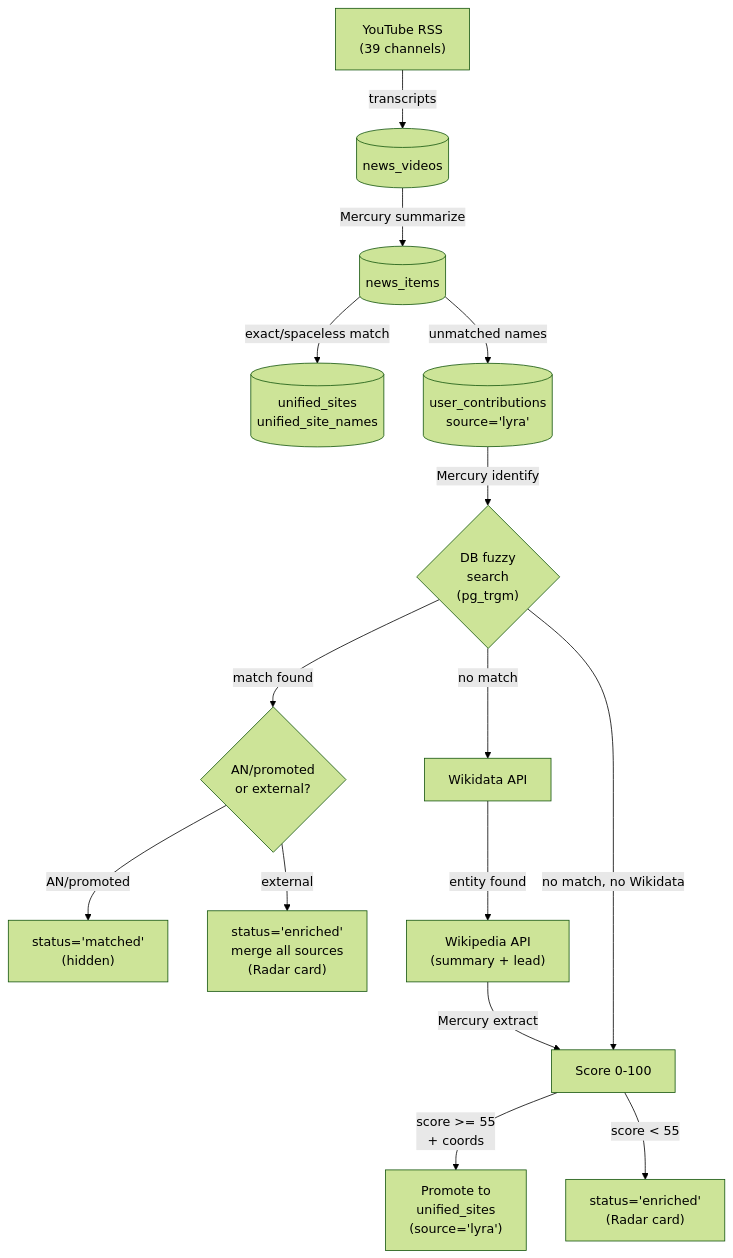
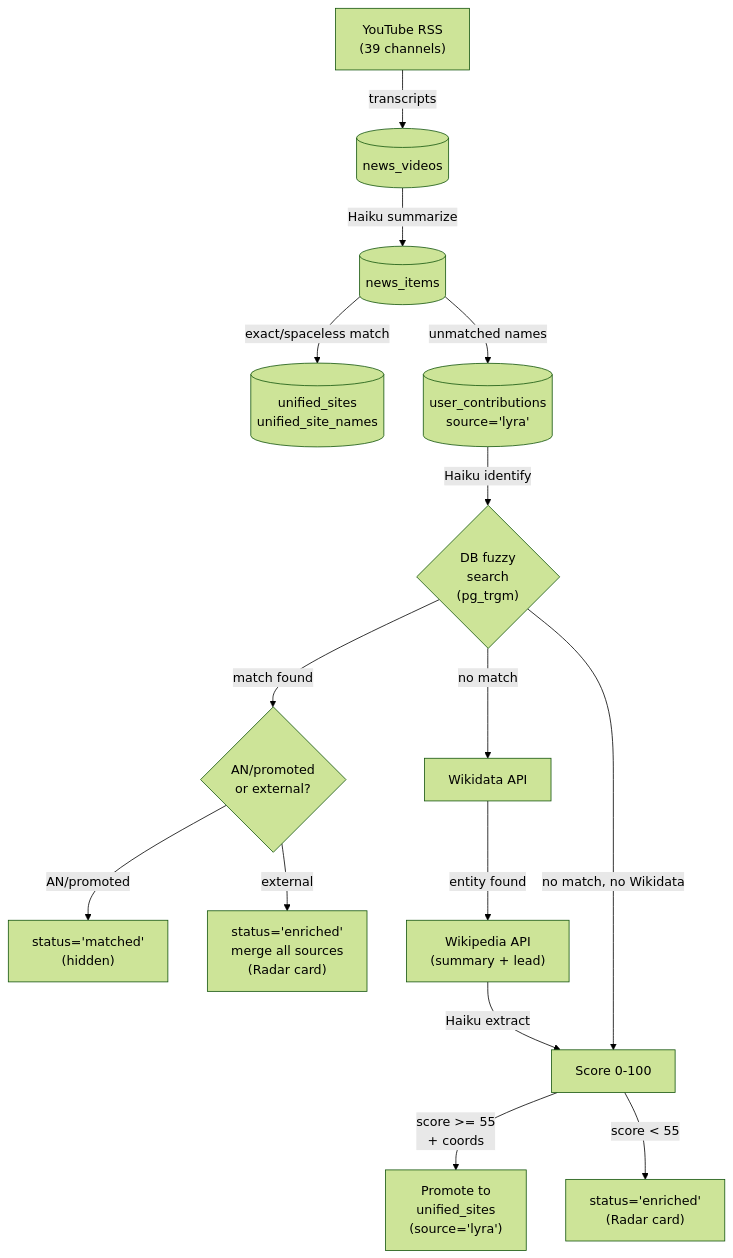
One commit to ancientnerds/AncientMap changed the second of 7 diagrams in docs/lyra-pipeline.md. Above: the diagram before and after it, drawn with Mermaid (forest theme). The commit also changed other lines of this file, not shown here.

First line of the commit message:
docs: update lyra-pipeline.md — Mercury → Anthropic (Haiku/Sonnet)

````diff
--- a/docs/lyra-pipeline.md
+++ b/docs/lyra-pipeline.md
@@ -45,21 +46,21 @@
 ```mermaid
 flowchart TD
     YT["YouTube RSS\n(39 channels)"] -->|transcripts| NV[(news_videos)]
-    NV -->|Mercury summarize| NI[(news_items)]
+    NV -->|Haiku summarize| NI[(news_items)]
     NI -->|exact/spaceless match| US[(unified_sites\nunified_site_names)]
     NI -->|unmatched names| UC[(user_contributions\nsource='lyra')]
 
-    UC -->|Mercury identify| DB{"DB fuzzy\nsearch\n(pg_trgm)"}
+    UC -->|Haiku identify| DB{"DB fuzzy\nsearch\n(pg_trgm)"}
     DB -->|match found| BRANCH{"AN/promoted\nor external?"}
     DB -->|no match| WD["Wikidata API"]
 
     BRANCH -->|AN/promoted| HIDDEN["status='matched'\n(hidden)"]
     BRANCH -->|external| ENRICHED["status='enriched'\nmerge all sources\n(Radar card)"]
 
     WD -->|entity found| WP["Wikipedia API\n(summary + lead)"]
-    WP -->|Mercury extract| SCORE["Score 0-100"]
+    WP -->|Haiku extract| SCORE["Score 0-100"]
     DB -->|no match, no Wikidata| SCORE
 
     SCORE -->|"score >= 55\n+ coords"| PROMOTE["Promote to\nunified_sites\n(source='lyra')"]
     SCORE -->|"score < 55"| KEEP["status='enriched'\n(Radar card)"]
 ```
````
